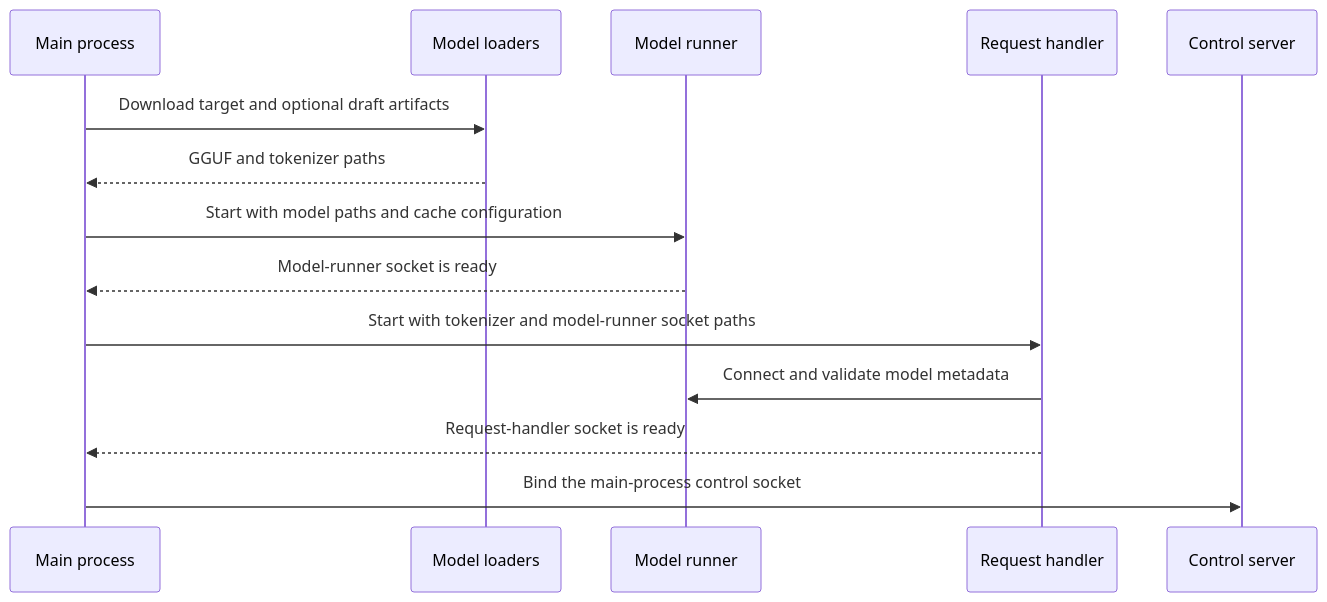
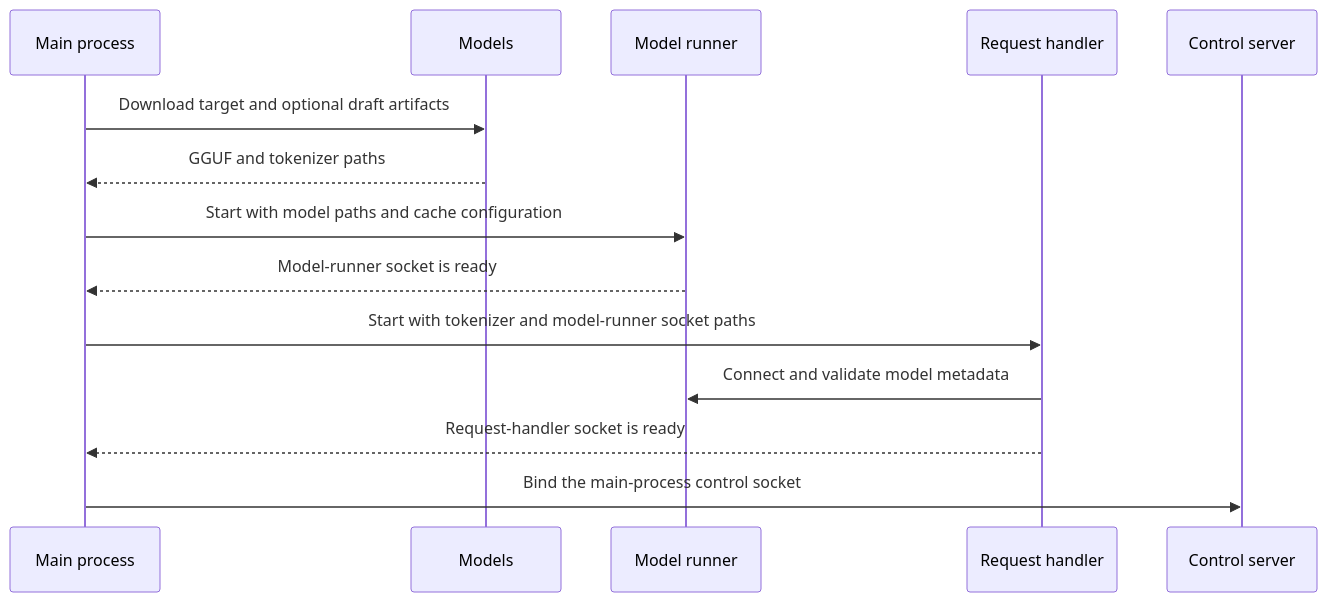
The second of 3 diagrams in src/main_process/README.md (lun0522/mini-vllm-rs), drawn with Mermaid before and after one commit. The commit also changed other lines of this file and 20 other files, not shown here.

First line of the commit message:
Refactor: Rename model loaders to models

````diff
--- a/src/main_process/README.md
+++ b/src/main_process/README.md
@@ -28,17 +28,17 @@
 ```mermaid
 sequenceDiagram
     participant Main as Main process
-    participant Loaders as Model loaders
+    participant Models
     participant Runner as Model runner
     participant Handler as Request handler
     participant Control as Control server
 
-    Main->>Loaders: Download target and optional draft artifacts
-    Loaders-->>Main: GGUF and tokenizer paths
+    Main->>Models: Download target and optional draft artifacts
+    Models-->>Main: GGUF and tokenizer paths
     Main->>Runner: Start with model paths and cache configuration
     Runner-->>Main: Model-runner socket is ready
     Main->>Handler: Start with tokenizer and model-runner socket paths
     Handler->>Runner: Connect and validate model metadata
     Handler-->>Main: Request-handler socket is ready
     Main->>Control: Bind the main-process control socket
 ```
````
